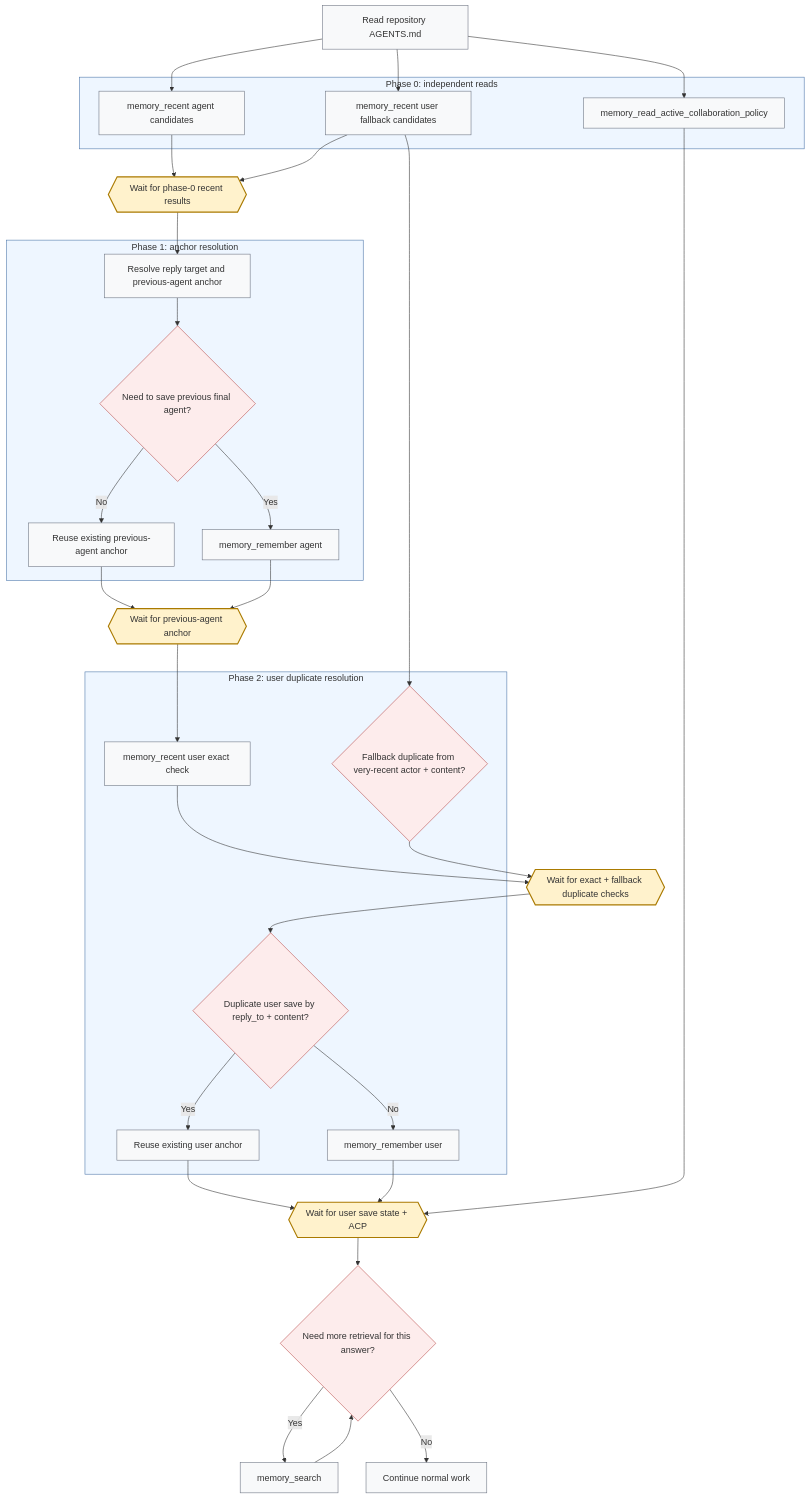
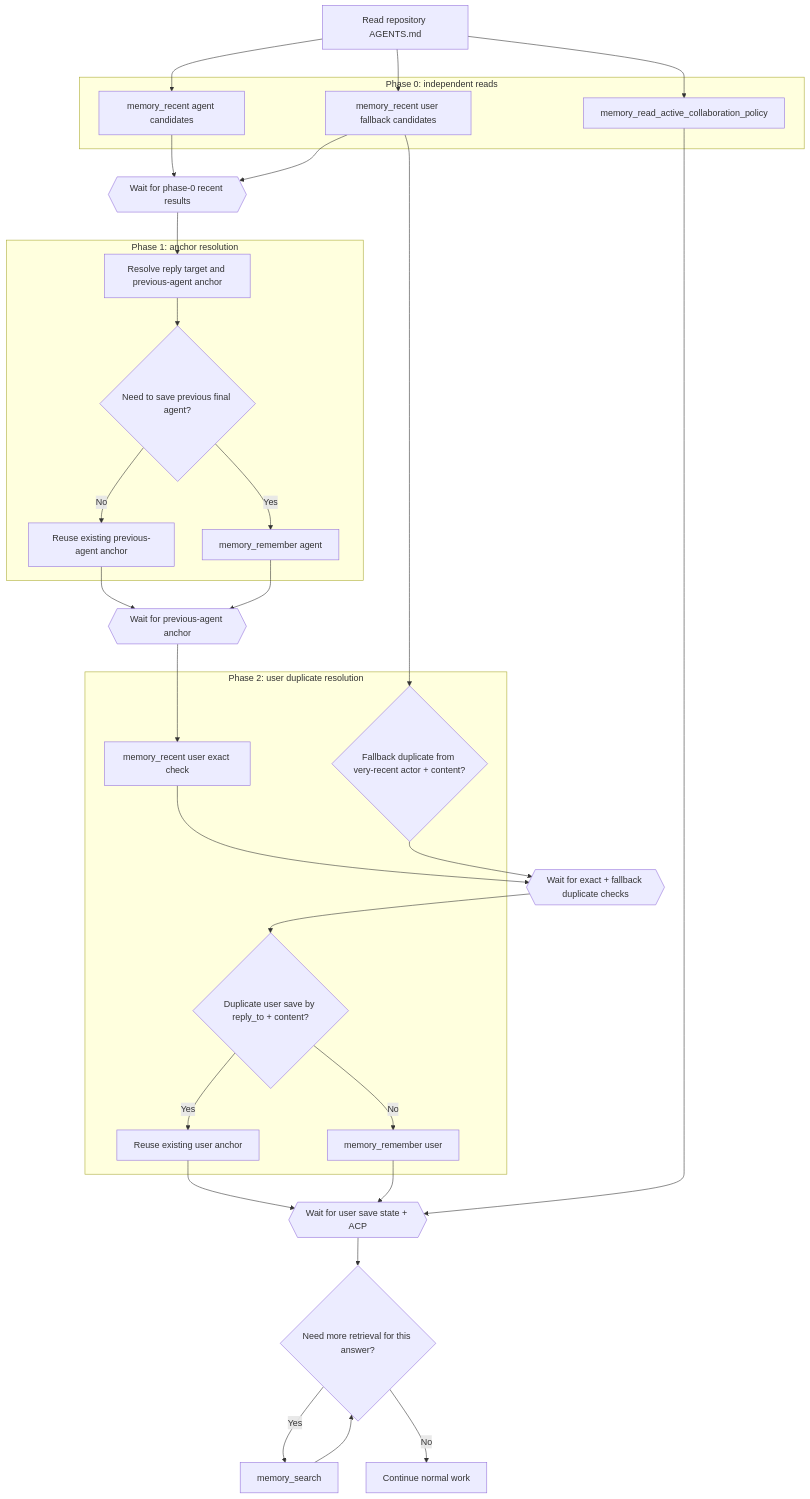
Before and after one commit to KazinaG/breathing_memory: the second of 2 diagrams in docs/mcp-turn-flows.md, drawn with Mermaid. The commit also changed other lines of this file, not shown here.

Commit message:
docs: remove Mermaid color styling from turn flow

````diff
--- a/docs/mcp-turn-flows.md
+++ b/docs/mcp-turn-flows.md
@@ -44,66 +44,56 @@
 ```mermaid
 flowchart TD
     A[Read repository AGENTS.md]
 
     subgraph P0[Phase 0: independent reads]
         B[memory_recent agent candidates]
         C[memory_recent user fallback candidates]
         P[memory_read_active_collaboration_policy]
     end
 
     subgraph P1[Phase 1: anchor resolution]
         D[Resolve reply target and previous-agent anchor]
         E{Need to save previous final agent?}
         F[Reuse existing previous-agent anchor]
         G[memory_remember agent]
     end
 
     subgraph P2[Phase 2: user duplicate resolution]
         I[memory_recent user exact check]
         J{Fallback duplicate from very-recent actor + content?}
         K{Duplicate user save by reply_to + content?}
         L[Reuse existing user anchor]
         N[memory_remember user]
     end
 
     A --> B
     A --> C
     A --> P
 
     B --> W0{{Wait for phase-0 recent results}}
     C --> W0
     W0 --> D
 
     D --> E
     E -- No --> F
     E -- Yes --> G
     F --> W1{{Wait for previous-agent anchor}}
     G --> W1
 
     W1 --> I
     C --> J
     I --> W2{{Wait for exact + fallback duplicate checks}}
     J --> W2
     W2 --> K
     K -- Yes --> L
     K -- No --> N
 
     L --> W3{{Wait for user save state + ACP}}
     N --> W3
     P --> W3
     W3 --> O{Need more retrieval for this answer?}
     O -- Yes --> Q[memory_search]
     O -- No --> R[Continue normal work]
     Q --> O
 
-    classDef wait fill:#fff2cc,stroke:#aa7a00,stroke-width:2px;
-    classDef action fill:#f8f9fa,stroke:#6b7280,stroke-width:1px;
-    classDef decision fill:#fdecec,stroke:#b94a48,stroke-width:1px;
-
-    style P0 fill:#eef6ff,stroke:#4a74a8,stroke-width:1px;
-    style P1 fill:#eef6ff,stroke:#4a74a8,stroke-width:1px;
-    style P2 fill:#eef6ff,stroke:#4a74a8,stroke-width:1px;
-    class W0,W1,W2,W3 wait;
-    class A,B,C,D,F,G,I,L,N,P,Q,R action;
-    class E,J,K,O decision;
 ```
````
